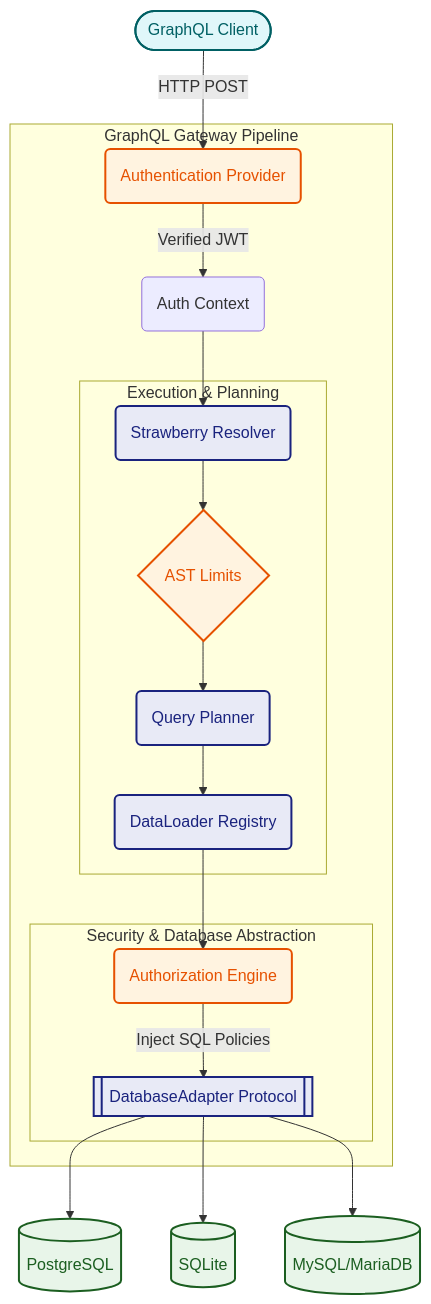
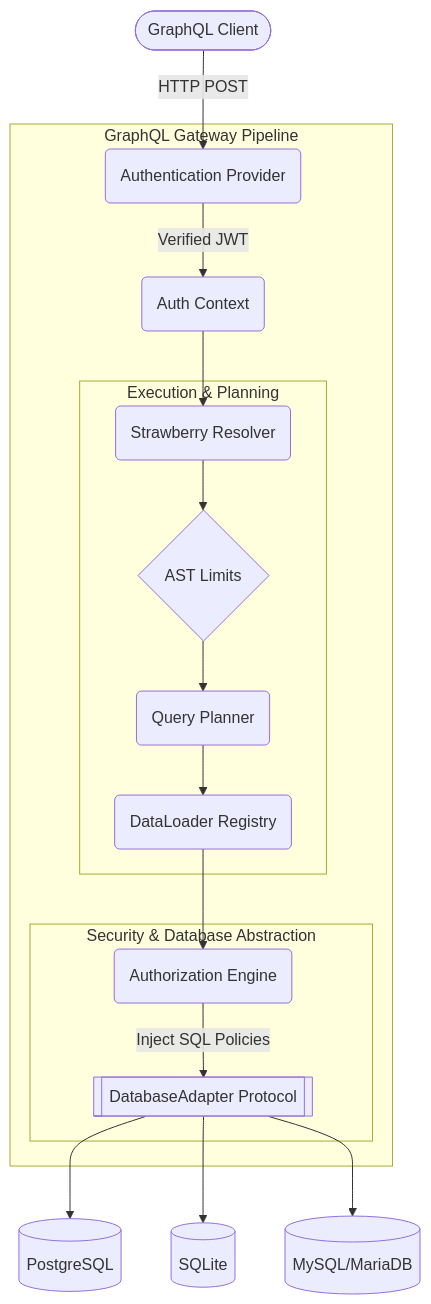
The diagram in docs/ARCHITECTURE.md (Mukesh-M-Lohar/db-graphql-gateway), drawn with Mermaid before and after one commit.

Commit message:
docs: remove hardcoded mermaid colors to fix dark mode readability

````diff
--- a/docs/ARCHITECTURE.md
+++ b/docs/ARCHITECTURE.md
@@ -13,29 +13,24 @@
 ```mermaid
 flowchart TB
-    classDef client fill:#e0f7fa,stroke:#006064,stroke-width:2px,color:#006064
-    classDef security fill:#fff3e0,stroke:#e65100,stroke-width:2px,color:#e65100
-    classDef core fill:#e8eaf6,stroke:#1a237e,stroke-width:2px,color:#1a237e
-    classDef db fill:#e8f5e9,stroke:#1b5e20,stroke-width:2px,color:#1b5e20
-
-    Client([GraphQL Client]):::client -->|HTTP POST| Auth(Authentication Provider):::security
+    Client([GraphQL Client]) -->|HTTP POST| Auth(Authentication Provider)
 
     subgraph "GraphQL Gateway Pipeline"
         Auth -->|Verified JWT| Context(Auth Context)
-        Context --> Resolver(Strawberry Resolver):::core
+        Context --> Resolver(Strawberry Resolver)
         
         subgraph "Execution & Planning"
-            Resolver --> Limits{AST Limits}:::security
-            Limits --> Planner(Query Planner):::core
-            Planner --> DataLoader(DataLoader Registry):::core
+            Resolver --> Limits{AST Limits}
+            Limits --> Planner(Query Planner)
+            Planner --> DataLoader(DataLoader Registry)
         end
 
         subgraph "Security & Database Abstraction"
-            DataLoader --> AuthZ(Authorization Engine):::security
-            AuthZ --> |Inject SQL Policies| AdapterProtocol[[DatabaseAdapter Protocol]]:::core
+            DataLoader --> AuthZ(Authorization Engine)
+            AuthZ --> |Inject SQL Policies| AdapterProtocol[[DatabaseAdapter Protocol]]
         end
     end
 
-    AdapterProtocol --> PG[(PostgreSQL)]:::db
-    AdapterProtocol --> SQ[(SQLite)]:::db
-    AdapterProtocol --> MY[(MySQL/MariaDB)]:::db
+    AdapterProtocol --> PG[(PostgreSQL)]
+    AdapterProtocol --> SQ[(SQLite)]
+    AdapterProtocol --> MY[(MySQL/MariaDB)]
 ```
````
